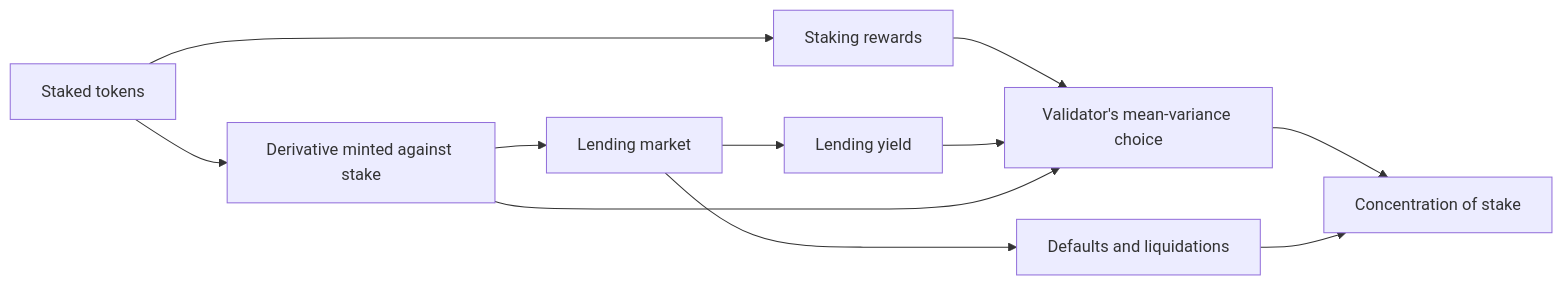
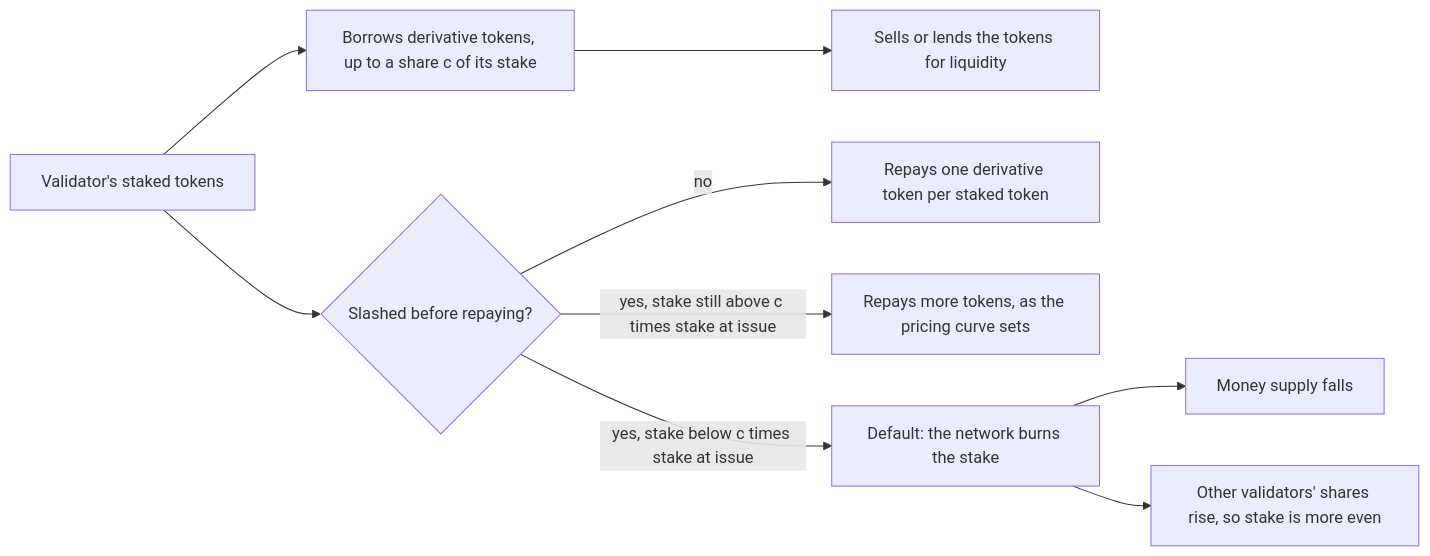
The diagram in content/Phase II/Wiki/Collections/Supplementary Research Papers/2020 Why Stake When You Can Borrow.md (bonding-curves/avalanche-phase-ii-research), drawn with Mermaid before and after one commit. The commit also changed other lines of this file and 27 other files, not shown here.

````diff
--- a/content/Phase II/Wiki/Collections/Supplementary Research Papers/2020 Why Stake When You Can Borrow.md
+++ b/content/Phase II/Wiki/Collections/Supplementary Research Papers/2020 Why Stake When You Can Borrow.md
@@ -18,13 +16,11 @@
 ```mermaid
 flowchart LR
-  S["Staked tokens"] --> D["Derivative minted against stake"]
-  D --> L["Lending market"]
-  S --> R["Staking rewards"]
-  L --> Y["Lending yield"]
-  R --> W["Validator's mean-variance choice"]
-  Y --> W
-  D --> W
-  W --> G["Concentration of stake"]
-  L --> F["Defaults and liquidations"]
-  F --> G
+  V["Validator's staked tokens"] --> B["Borrows derivative tokens, up to a share c of its stake"]
+  B --> U["Sells or lends the tokens for liquidity"]
+  V --> S{"Slashed before repaying?"}
+  S -->|"no"| R["Repays one derivative token per staked token"]
+  S -->|"yes, stake still above c times stake at issue"| M["Repays more tokens, as the pricing curve sets"]
+  S -->|"yes, stake below c times stake at issue"| D["Default: the network burns the stake"]
+  D --> Q["Money supply falls"]
+  D --> E["Other validators' shares rise, so stake is more even"]
 ```
````
